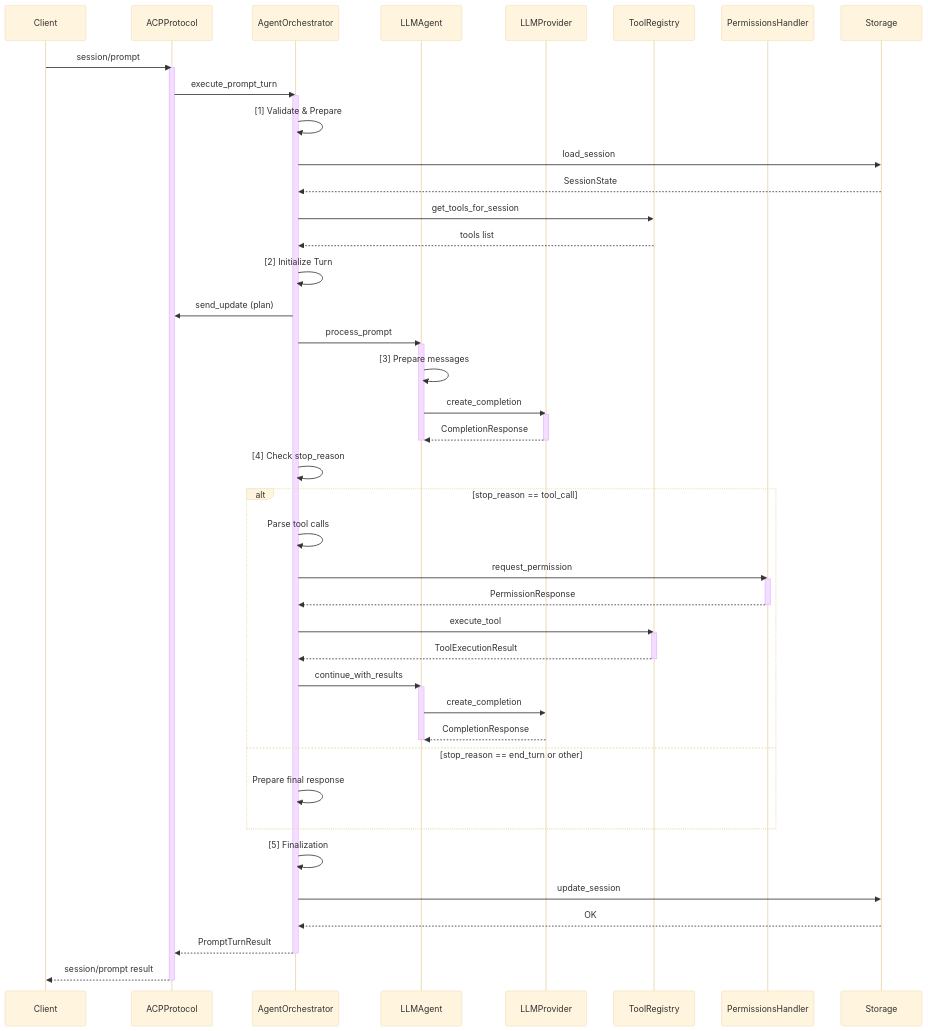
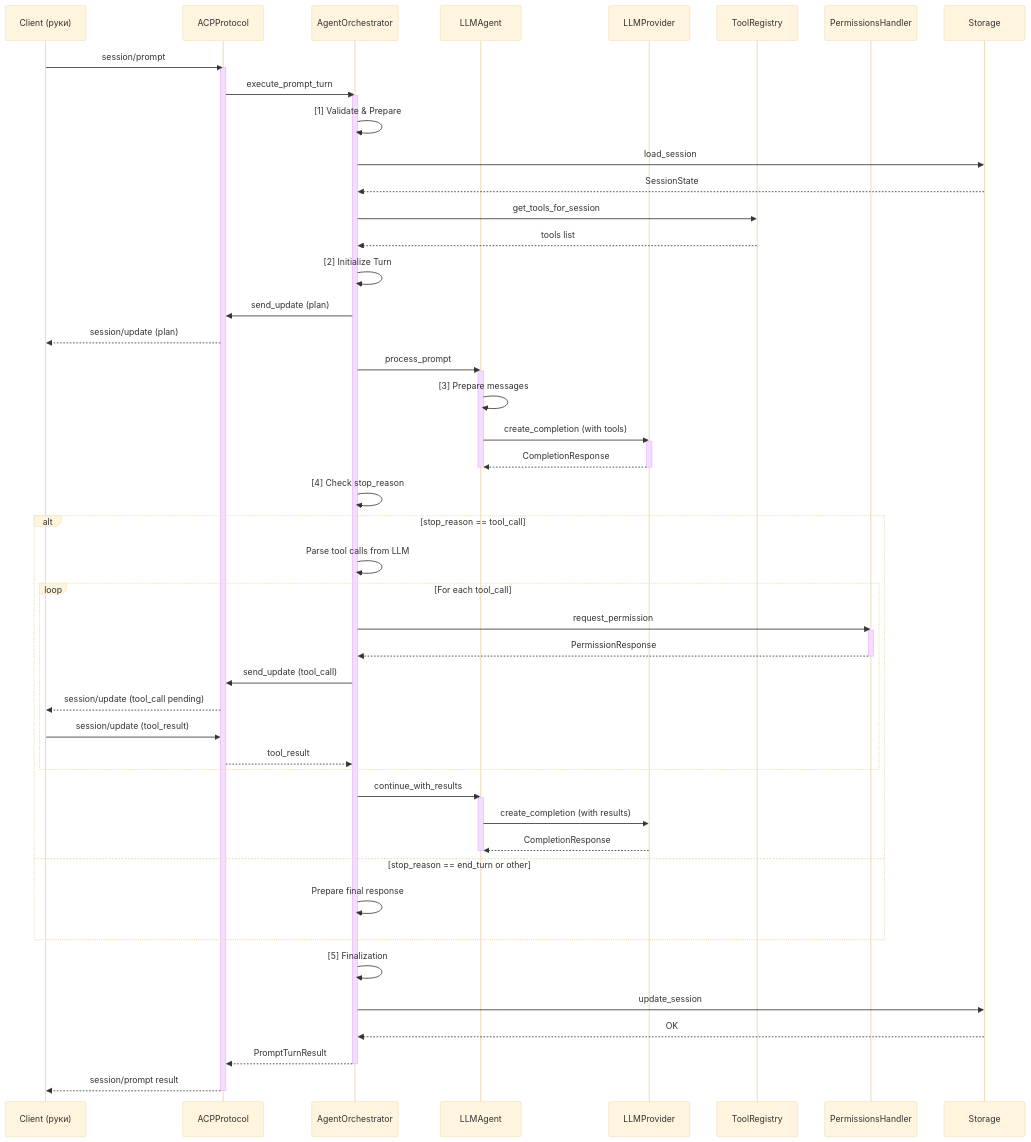
The first of 2 diagrams in doc/LLM_AGENT_INTEGRATION_SPEC.md (pese-git/acp-workspace), drawn with Mermaid (base theme) before and after one commit. The commit also changed other lines of this file and 1 other file, not shown here.

First line of the commit message:
архитектура: переработана интеграция LLM-агента с двумя эпохами разработки

````diff
--- a/doc/LLM_AGENT_INTEGRATION_SPEC.md
+++ b/doc/LLM_AGENT_INTEGRATION_SPEC.md
@@ -178,71 +205,76 @@
 ```mermaid
 sequenceDiagram
-    participant Client
+    participant Client as Client (руки)
     participant ACPProtocol
     participant AgentOrchestrator
     participant LLMAgent
     participant LLMProvider
     participant ToolRegistry
     participant PermissionsHandler
     participant Storage
     
     Client->>ACPProtocol: session/prompt
     activate ACPProtocol
     
     ACPProtocol->>AgentOrchestrator: execute_prompt_turn
     activate AgentOrchestrator
     
     AgentOrchestrator->>AgentOrchestrator: [1] Validate & Prepare
     AgentOrchestrator->>Storage: load_session
     Storage-->>AgentOrchestrator: SessionState
     
     AgentOrchestrator->>ToolRegistry: get_tools_for_session
     ToolRegistry-->>AgentOrchestrator: tools list
     
     AgentOrchestrator->>AgentOrchestrator: [2] Initialize Turn
     AgentOrchestrator->>ACPProtocol: send_update (plan)
+    ACPProtocol-->>Client: session/update (plan)
     
     AgentOrchestrator->>LLMAgent: process_prompt
     activate LLMAgent
     
     LLMAgent->>LLMAgent: [3] Prepare messages
-    LLMAgent->>LLMProvider: create_completion
+    LLMAgent->>LLMProvider: create_completion (with tools)
     activate LLMProvider
     LLMProvider-->>LLMAgent: CompletionResponse
     deactivate LLMProvider
     
     deactivate LLMAgent
     
     AgentOrchestrator->>AgentOrchestrator: [4] Check stop_reason
     
     alt stop_reason == tool_call
-        AgentOrchestrator->>AgentOrchestrator: Parse tool calls
-        AgentOrchestrator->>PermissionsHandler: request_permission
-        activate PermissionsHandler
-        PermissionsHandler-->>AgentOrchestrator: PermissionResponse
-        deactivate PermissionsHandler
+        AgentOrchestrator->>AgentOrchestrator: Parse tool calls from LLM
         
-        AgentOrchestrator->>ToolRegistry: execute_tool
-        activate ToolRegistry
-        ToolRegistry-->>AgentOrchestrator: ToolExecutionResult
-        deactivate ToolRegistry
+        loop For each tool_call
+            AgentOrchestrator->>PermissionsHandler: request_permission
+            activate PermissionsHandler
+            PermissionsHandler-->>AgentOrchestrator: PermissionResponse
+            deactivate PermissionsHandler
+            
+            AgentOrchestrator->>ACPProtocol: send_update (tool_call)
+            ACPProtocol-->>Client: session/update (tool_call pending)
+            
+            Client->>ACPProtocol: session/update (tool_result)
+            ACPProtocol-->>AgentOrchestrator: tool_result
+        end
         
         AgentOrchestrator->>LLMAgent: continue_with_results
         activate LLMAgent
-        LLMAgent->>LLMProvider: create_completion
+        LLMAgent->>LLMProvider: create_completion (with results)
         LLMProvider-->>LLMAgent: CompletionResponse
         deactivate LLMAgent
     else stop_reason == end_turn or other
         AgentOrchestrator->>AgentOrchestrator: Prepare final response
     end
     
     AgentOrchestrator->>AgentOrchestrator: [5] Finalization
     AgentOrchestrator->>Storage: update_session
     Storage-->>AgentOrchestrator: OK
     
     AgentOrchestrator-->>ACPProtocol: PromptTurnResult
     deactivate AgentOrchestrator
     
     ACPProtocol-->>Client: session/prompt result
     deactivate ACPProtocol
 ```
````
